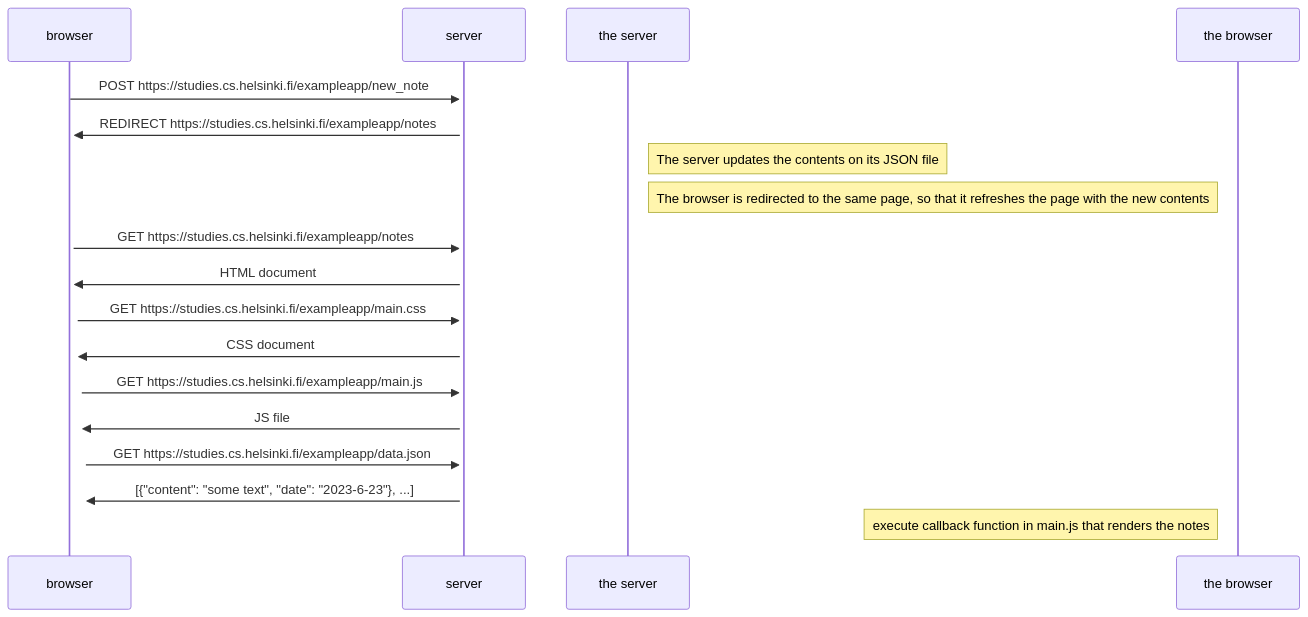
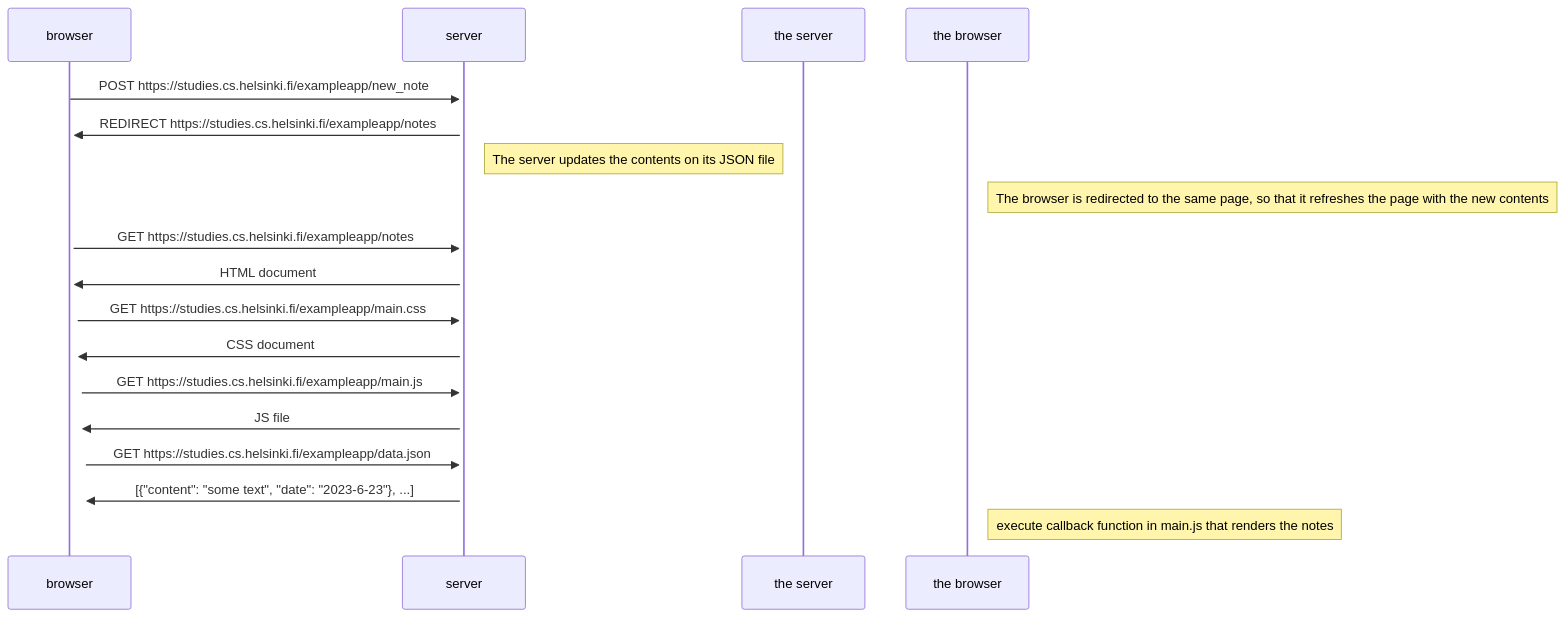
Before and after one commit to Mingtendo/fullstackopen: the diagram in part_0/exercise_0.4.md, drawn with Mermaid. The commit also changed 1 other file, not shown here.

Commit message:
Created page for exercise 0.5. Amended diagram for exercise 0.4 to render notes properly instead of having two diagrams.

````diff
--- a/part_0/exercise_0.4.md
+++ b/part_0/exercise_0.4.md
@@ -5,25 +5,25 @@
 ```mermaid
 sequenceDiagram
 	participant browser
 	participant server
 
 	browser ->>+ server: POST https://studies.cs.helsinki.fi/exampleapp/new_note
 	server ->>+ browser: REDIRECT https://studies.cs.helsinki.fi/exampleapp/notes
 
-	Note right of the server: The server updates the contents on its JSON file
-	Note left of the browser: The browser is redirected to the same page, so that it refreshes the page with the new contents
+	Note left of the server: The server updates the contents on its JSON file
+	Note right of the browser: The browser is redirected to the same page, so that it refreshes the page with the new contents
 
 	browser ->>+ server: GET https://studies.cs.helsinki.fi/exampleapp/notes
 	server ->>+ browser: HTML document
 
 	browser ->>+ server: GET https://studies.cs.helsinki.fi/exampleapp/main.css
 	server ->>+ browser: CSS document
 
 	browser ->>+ server: GET https://studies.cs.helsinki.fi/exampleapp/main.js
 	server ->>+ browser: JS file
 
 	browser ->>+ server: GET https://studies.cs.helsinki.fi/exampleapp/data.json
 	server ->>+ browser: [{"content": "some text", "date": "2023-6-23"}, ...]
 
-	Note left of the browser: execute callback function in main.js that renders the notes
+	Note right of the browser: execute callback function in main.js that renders the notes
 ```
````
